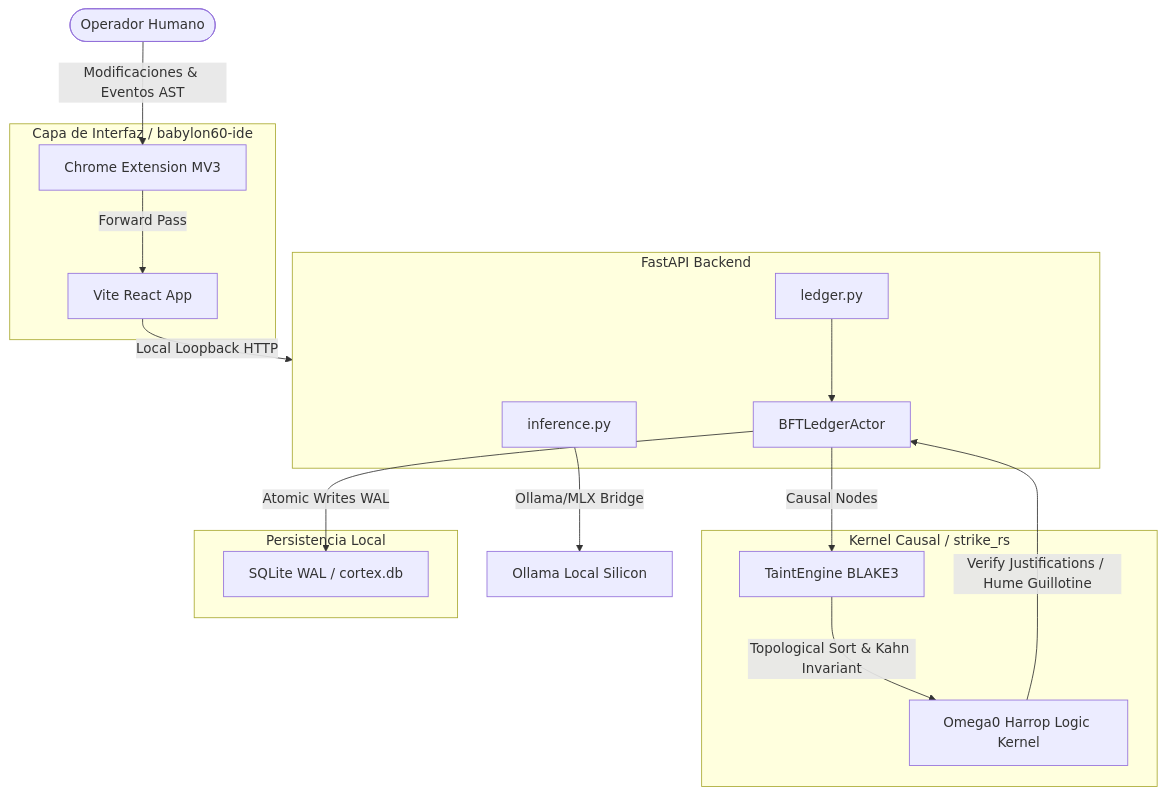
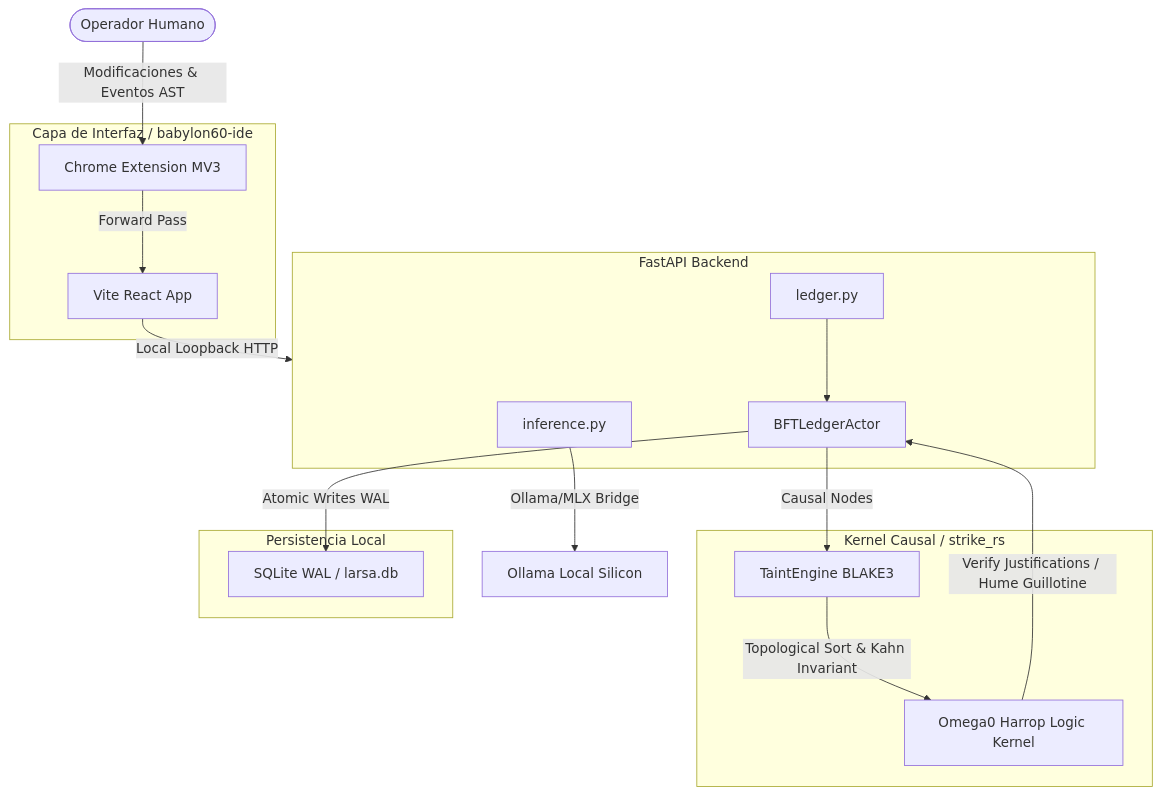
Before and after one commit to borjamoskv/teorema-robinson-moskv: the diagram in src/03_state/scitt_ledger/scitt_python/artifacts/reports/BABYLON_60_AUDIT_REPORT.md, drawn with Mermaid. The commit also changed other lines of this file and 86 other files, not shown here.

Commit message:
refactor: replace cortex components with larsa equivalents and update ledger engines and documentation

````diff
--- a/src/03_state/scitt_ledger/scitt_python/artifacts/reports/BABYLON_60_AUDIT_REPORT.md
+++ b/src/03_state/scitt_ledger/scitt_python/artifacts/reports/BABYLON_60_AUDIT_REPORT.md
@@ -148,30 +148,30 @@
 ```mermaid
 graph TD
     User([Operador Humano])
     subgraph Frontend [Capa de Interfaz / babylon60-ide]
         MV3[Chrome Extension MV3]
         Vite[Vite React App]
     end
     subgraph API [FastAPI Backend]
         Inference[inference.py]
         LedgerRoute[ledger.py]
         BFTLedgerActor[BFTLedgerActor]
     end
     subgraph CoreRust [Kernel Causal / strike_rs]
         TaintEngine[TaintEngine BLAKE3]
         Omega0[Omega0 Harrop Logic Kernel]
     end
     subgraph DB [Persistencia Local]
-        SQLite[SQLite WAL / cortex.db]
+        SQLite[SQLite WAL / larsa.db]
     end
 
     User -->|Modificaciones & Eventos AST| MV3
     MV3 -->|Forward Pass| Vite
     Vite -->|Local Loopback HTTP| API
     Inference -->|Ollama/MLX Bridge| LocalOllama[Ollama Local Silicon]
     LedgerRoute --> BFTLedgerActor
     BFTLedgerActor -->|Causal Nodes| TaintEngine
     TaintEngine -->|Topological Sort & Kahn Invariant| Omega0
     Omega0 -->|Verify Justifications / Hume Guillotine| BFTLedgerActor
     BFTLedgerActor -->|Atomic Writes WAL| SQLite
 ```
````
